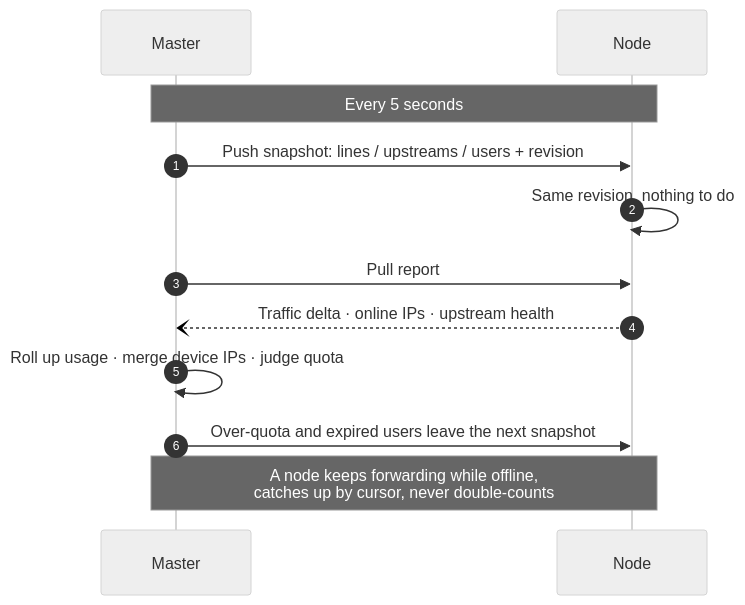
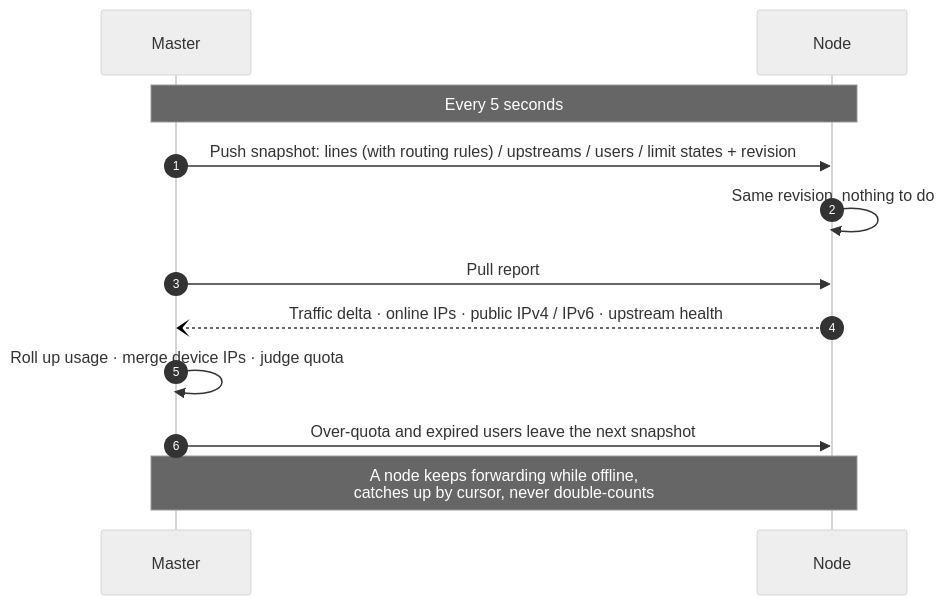
The fourth of 5 diagrams in README.en.md (Maoyangui/m-ui), drawn with Mermaid (neutral theme) before and after one commit. The commit also changed other lines of this file and 3 other files, not shown here.

````diff
--- a/README.en.md
+++ b/README.en.md
@@ -182,15 +184,15 @@
 ```mermaid
 sequenceDiagram
   autonumber
   participant M as Master
   participant N as Node
 
   Note over M,N: Every 5 seconds
-  M->>N: Push snapshot: lines / upstreams / users + revision
+  M->>N: Push snapshot: lines (with routing rules) / upstreams / users / limit states + revision
   N->>N: Same revision, nothing to do
   M->>N: Pull report
-  N--)M: Traffic delta · online IPs · upstream health
+  N--)M: Traffic delta · online IPs · public IPv4 / IPv6 · upstream health
   M->>M: Roll up usage · merge device IPs · judge quota
   M->>N: Over-quota and expired users leave the next snapshot
   Note over M,N: A node keeps forwarding while offline,<br/>catches up by cursor, never double-counts
 ```
````
